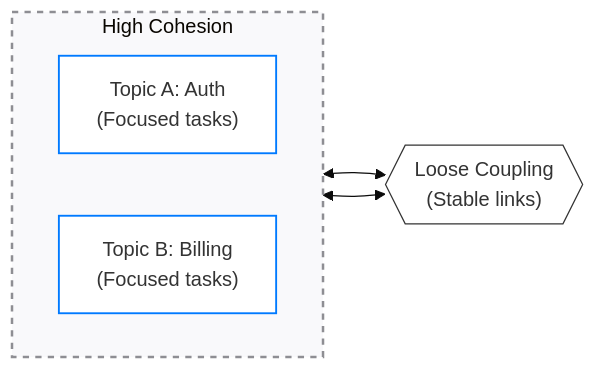
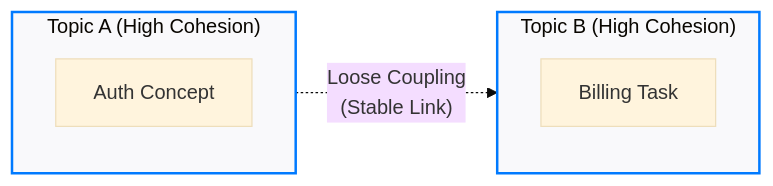
The diagram in docs/systems-thinking/coupling-and-cohesion.md (vaishvanara/techwritingkb), drawn with Mermaid (base theme) before and after one commit. The commit also changed other lines of this file, not shown here.

````diff
--- a/docs/systems-thinking/coupling-and-cohesion.md
+++ b/docs/systems-thinking/coupling-and-cohesion.md
@@ -19,16 +13,18 @@
 ```mermaid
 flowchart LR
-    subgraph HighCohesion ["High Cohesion"]
-        direction LR
-        A["Topic A: Auth<br>(Focused tasks)"]
-        B["Topic B: Billing<br>(Focused tasks)"]
+    subgraph TopicA ["Topic A (High Cohesion)"]
+        direction TB
+        A1["Auth Concept"]
     end
 
-    A <--> C{{"Loose Coupling<br>(Stable links)"}} <--> B
+    subgraph TopicB ["Topic B (High Cohesion)"]
+        direction TB
+        B1["Billing Task"]
+    end
+
+    TopicA -. "Loose Coupling<br>(Stable Link)" .-> TopicB
 
     %% Styling
-    style HighCohesion fill:#f9f9fb,stroke:#8e8e93,stroke-width:2px,stroke-dasharray: 5 5
-    style A fill:#ffffff,stroke:#007aff,stroke-width:1.5px
-    style B fill:#ffffff,stroke:#007aff,stroke-width:1.5px
-    style C fill:#fff,stroke:#333,stroke-width:1px
+    style TopicA fill:#f9f9fb,stroke:#007aff,stroke-width:2px
+    style TopicB fill:#f9f9fb,stroke:#007aff,stroke-width:2px
 ```
````
